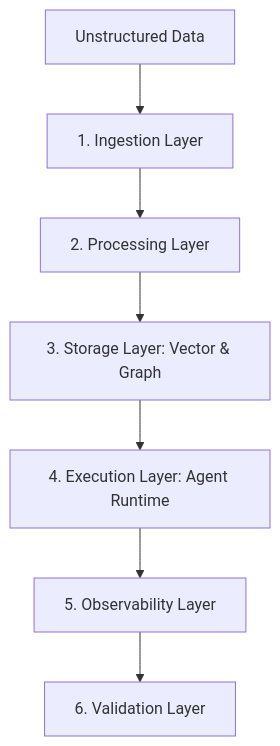
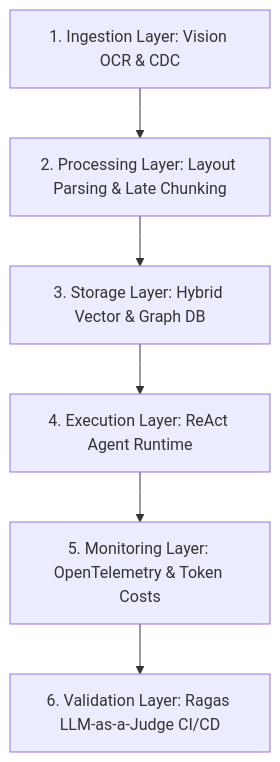
The first of 2 diagrams in content/series/ai-data-engineering-pipeline/executive-summary.md (vesviet/vesviet), drawn with Mermaid before and after one commit. The commit also changed other lines of this file and 180 other files, not shown here.

````diff
--- a/content/series/ai-data-engineering-pipeline/executive-summary.md
+++ b/content/series/ai-data-engineering-pipeline/executive-summary.md
@@ -65,9 +63,8 @@
 ```mermaid
 graph TD
-    A[Unstructured Data] --> Ingestion[1. Ingestion Layer]
-    Ingestion --> Processing[2. Processing Layer]
-    Processing --> Storage[3. Storage Layer: Vector & Graph]
-    Storage --> Execution[4. Execution Layer: Agent Runtime]
-    Execution --> Observability[5. Observability Layer]
-    Observability --> Evaluation[6. Validation Layer]
+    Sub1[1. Ingestion Layer: Vision OCR & CDC] --> Sub2[2. Processing Layer: Layout Parsing & Late Chunking]
+    Sub2 --> Sub3[3. Storage Layer: Hybrid Vector & Graph DB]
+    Sub3 --> Sub4[4. Execution Layer: ReAct Agent Runtime]
+    Sub4 --> Sub5[5. Monitoring Layer: OpenTelemetry & Token Costs]
+    Sub5 --> Sub6[6. Validation Layer: Ragas LLM-as-a-Judge CI/CD]
 ```
````
